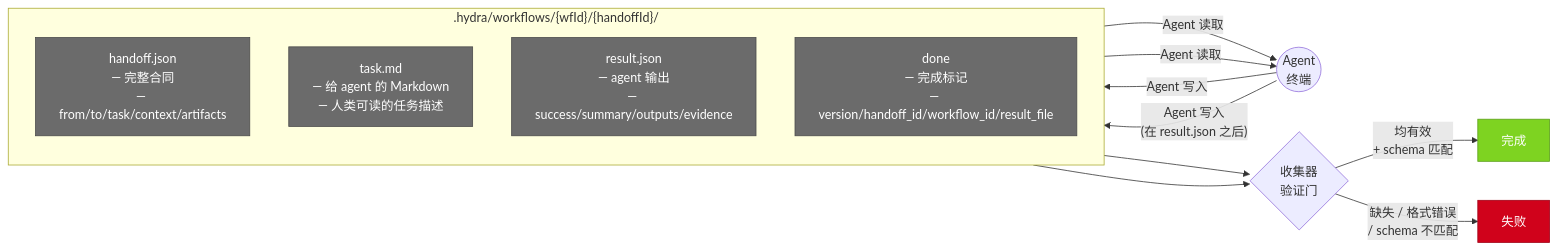
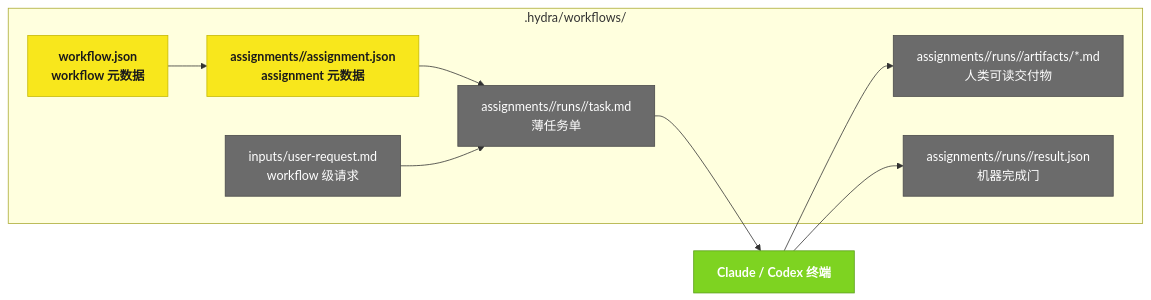
The fourth of 4 diagrams in docs/hydra-panorama-flow-zh.md (blueberrycongee/termcanvas), drawn with Mermaid before and after one commit. The commit also changed other lines of this file and 9 other files, not shown here.

Commit message:
docs(hydra): align guides with assignment run semantics

````diff
--- a/docs/hydra-panorama-flow-zh.md
+++ b/docs/hydra-panorama-flow-zh.md
@@ -255,25 +78,22 @@
 ```mermaid
 flowchart LR
     classDef file fill:#6b6b6b,stroke:#4a4a4a,color:#fff
-    classDef valid fill:#7ed321,stroke:#5a9e18,color:#fff
-    classDef invalid fill:#d0021b,stroke:#a00116,color:#fff
+    classDef state fill:#f8e71c,stroke:#c5b800,color:#1a1a1a,font-weight:bold
+    classDef agent fill:#7ed321,stroke:#5a9e18,color:#fff,font-weight:bold
 
-    subgraph PACKAGE [".hydra/workflows/{wfId}/{handoffId}/"]
-        direction TB
-        HF[handoff.json\n— 完整合同\n— from/to/task/context/artifacts]:::file
-        TM[task.md\n— 给 agent 的 Markdown\n— 人类可读的任务描述]:::file
-        RJ[result.json\n— agent 输出\n— success/summary/outputs/evidence]:::file
-        DM[done\n— 完成标记\n— version/handoff_id/workflow_id/result_file]:::file
+    subgraph WF[".hydra/workflows/<workflowId>"]
+        WJ["workflow.json<br/>workflow 元数据"]:::state
+        INPUT["inputs/user-request.md<br/>workflow 级请求"]:::file
+        AJ["assignments/<assignmentId>/assignment.json<br/>assignment 元数据"]:::state
+        TASK["assignments/<assignmentId>/runs/<runId>/task.md<br/>薄任务单"]:::file
+        ART["assignments/<assignmentId>/runs/<runId>/artifacts/*.md<br/>人类可读交付物"]:::file
+        RESULT["assignments/<assignmentId>/runs/<runId>/result.json<br/>机器完成门"]:::file
     end
 
-    HF -- "Agent 读取" --> AGENT((Agent\n终端))
-    TM -- "Agent 读取" --> AGENT
-    AGENT -- "Agent 写入" --> RJ
-    AGENT -- "Agent 写入\n(在 result.json 之后)" --> DM
-
-    DM --> COLLECTOR{收集器\n验证门}
-    RJ --> COLLECTOR
-
-    COLLECTOR -- "均有效\n+ schema 匹配" --> PASS[完成]:::valid
-    COLLECTOR -- "缺失 / 格式错误\n/ schema 不匹配" --> REJECT[失败]:::invalid
+    WJ --> AJ
+    AJ --> TASK
+    INPUT --> TASK
+    TASK --> AGENT["Claude / Codex 终端"]:::agent
+    AGENT --> ART
+    AGENT --> RESULT
 ```
````
